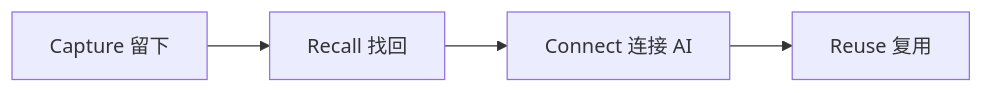
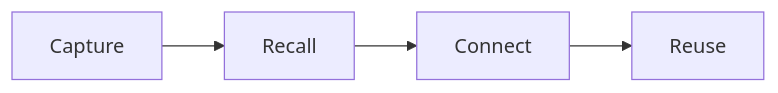
The diagram in index.mdx (sunny0826/nowledge-mem-101), drawn with Mermaid before and after one commit. The commit also changed other lines of this file and 9 other files, not shown here.

````diff
--- a/index.mdx
+++ b/index.mdx
@@ -60,6 +60,6 @@
 ```mermaid placement="bottom-left"
 flowchart LR
-  A["Capture 留下"] --> B["Recall 找回"]
-  B --> C["Connect 连接 AI"]
-  C --> D["Reuse 复用"]
+  A["Capture"] --> B["Recall"]
+  B --> C["Connect"]
+  C --> D["Reuse"]
 ```
````
